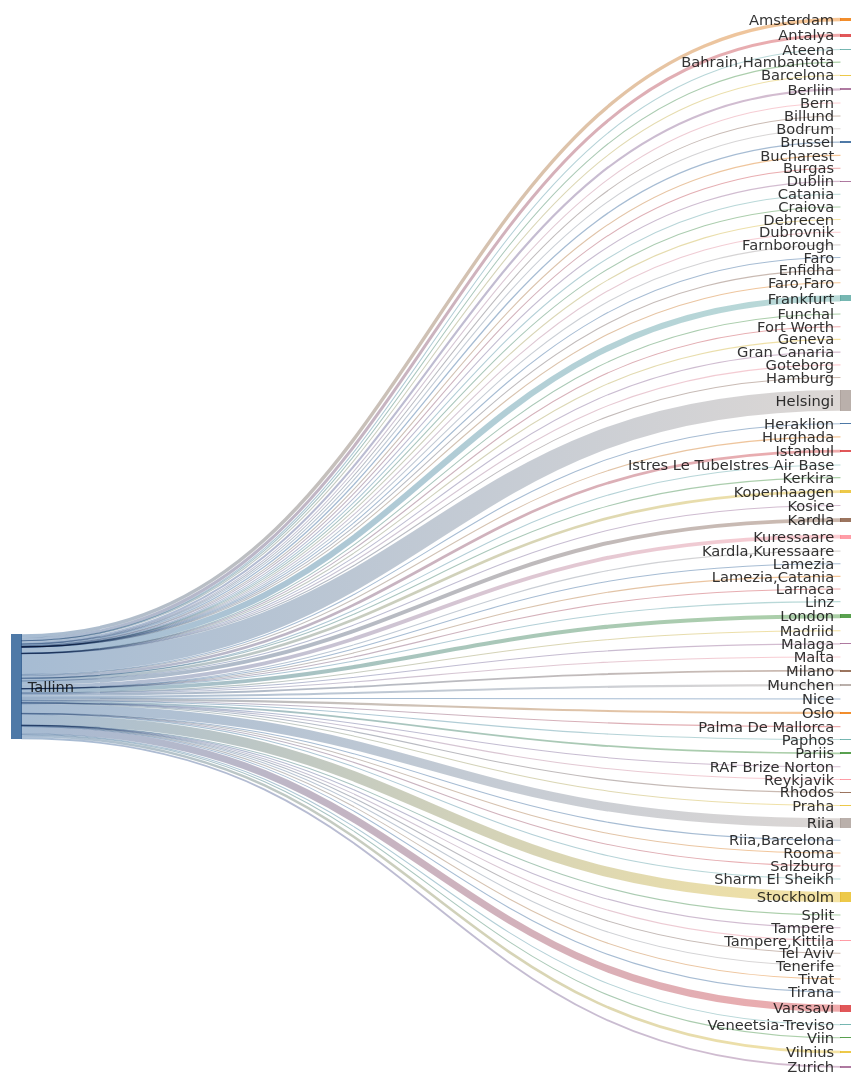
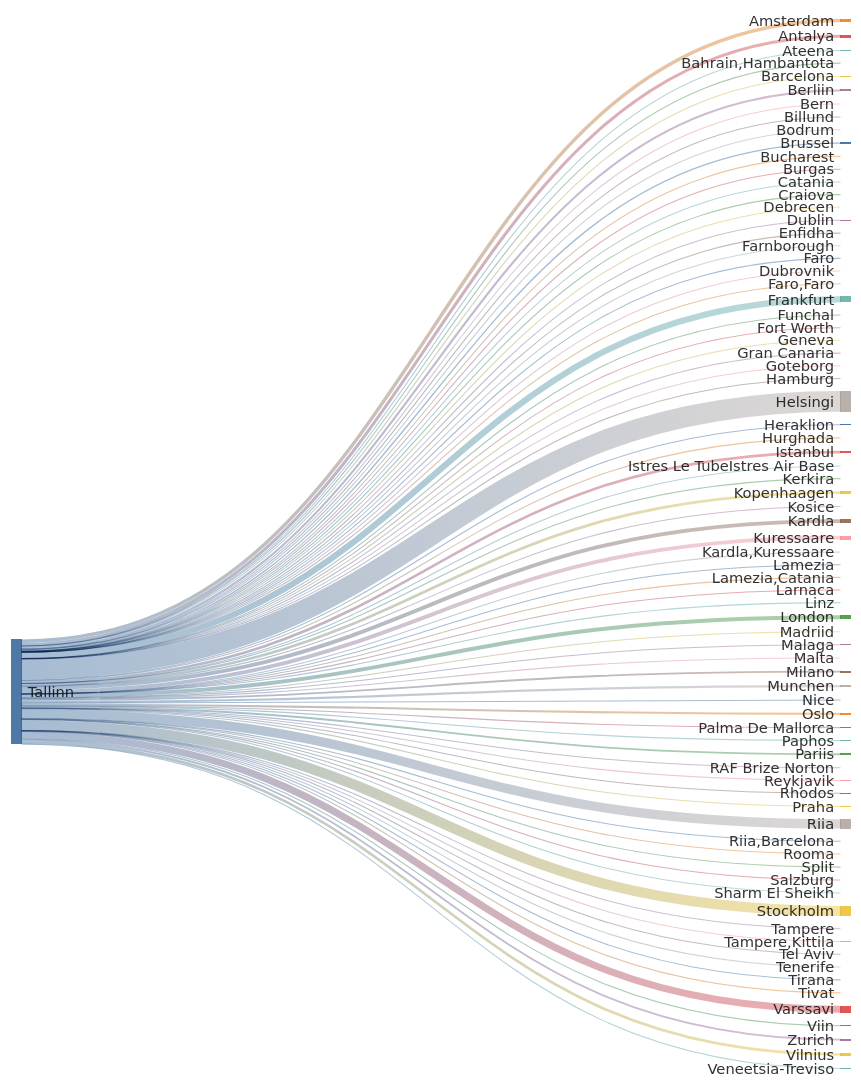
One commit to rainermesi/tll-airport-departures changed the second of 2 diagrams in README.md. Above: the diagram before and after it, drawn with Mermaid. The commit also changed other lines of this file and 1 other file, not shown here.

````diff
--- a/README.md
+++ b/README.md
@@ -41,16 +41,16 @@
 ---
 sankey-beta
 %% source,target,value
-Tallinn,Amsterdam,511
+Tallinn,Amsterdam,513
 Tallinn,Antalya,454
 Tallinn,Ateena,16
 Tallinn,"Bahrain,Hambantota",1
 Tallinn,Barcelona,143
-Tallinn,Berliin,322
+Tallinn,Berliin,324
 Tallinn,Bern,1
 Tallinn,Billund,81
 Tallinn,Bodrum,11
-Tallinn,Brussel,197
+Tallinn,Brussel,198
 Tallinn,Bucharest,1
 Tallinn,Burgas,65
 Tallinn,Catania,2
@@ -63,60 +63,60 @@
 Tallinn,Faro,4
 Tallinn,"Faro,Faro",1
 Tallinn,Fort Worth,1
-Tallinn,Frankfurt,919
+Tallinn,Frankfurt,922
 Tallinn,Funchal,5
 Tallinn,Geneva,13
 Tallinn,Gran Canaria,38
 Tallinn,Goteborg,2
 Tallinn,Hamburg,2
-Tallinn,Helsingi,3095
+Tallinn,Helsingi,3105
 Tallinn,Heraklion,108
 Tallinn,Hurghada,75
-Tallinn,Istanbul,401
+Tallinn,Istanbul,403
 Tallinn,Istres Le TubeIstres Air Base,2
 Tallinn,Kerkira,4
-Tallinn,Kopenhaagen,402
+Tallinn,Kopenhaagen,405
 Tallinn,Kosice,1
-Tallinn,Kuressaare,584
-Tallinn,Kardla,586
+Tallinn,Kuressaare,586
+Tallinn,Kardla,588
 Tallinn,"Kardla,Kuressaare",1
 Tallinn,Lamezia,1
 Tallinn,"Lamezia,Catania",3
 Tallinn,Larnaca,4
 Tallinn,Linz,2
-Tallinn,London,600
+Tallinn,London,601
 Tallinn,Madriid,4
 Tallinn,Malaga,125
 Tallinn,Malta,31
 Tallinn,Milano,276
-Tallinn,Munchen,319
+Tallinn,Munchen,321
 Tallinn,Nice,56
-Tallinn,Oslo,312
+Tallinn,Oslo,313
 Tallinn,Palma De Mallorca,35
 Tallinn,Paphos,66
-Tallinn,Pariis,271
+Tallinn,Pariis,273
 Tallinn,Praha,91
 Tallinn,RAF Brize Norton,1
 Tallinn,Reykjavik,20
-Tallinn,Rhodos,63
-Tallinn,Riia,1391
+Tallinn,Rhodos,64
+Tallinn,Riia,1395
 Tallinn,"Riia,Barcelona",1
 Tallinn,Rooma,80
 Tallinn,Salzburg,14
 Tallinn,Sharm El Sheikh,104
 Tallinn,Split,57
-Tallinn,Stockholm,1530
+Tallinn,Stockholm,1535
 Tallinn,Tampere,17
 Tallinn,"Tampere,Kittila",21
 Tallinn,Tel Aviv,2
 Tallinn,Tenerife,58
-Tallinn,Tirana,37
-Tallinn,Tivat,72
-Tallinn,Varssavi,1067
+Tallinn,Tirana,38
+Tallinn,Tivat,73
+Tallinn,Varssavi,1070
 Tallinn,Veneetsia-Treviso,67
 Tallinn,Viin,106
-Tallinn,Vilnius,386
-Tallinn,Zurich,276
+Tallinn,Vilnius,388
+Tallinn,Zurich,277
 
 
 ```
````
